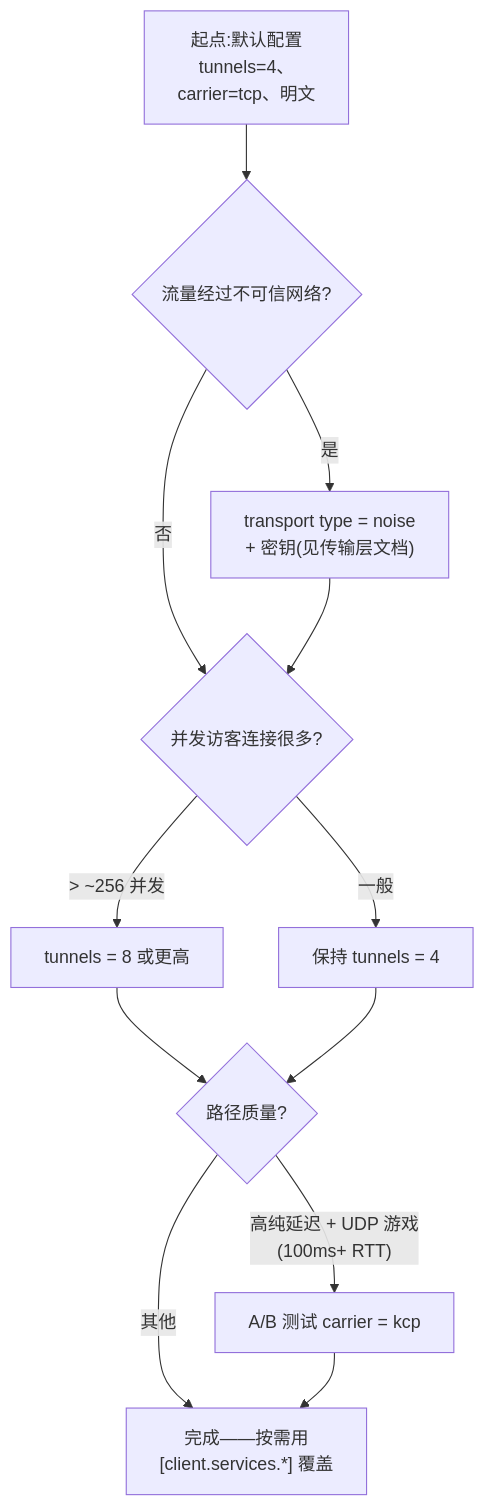
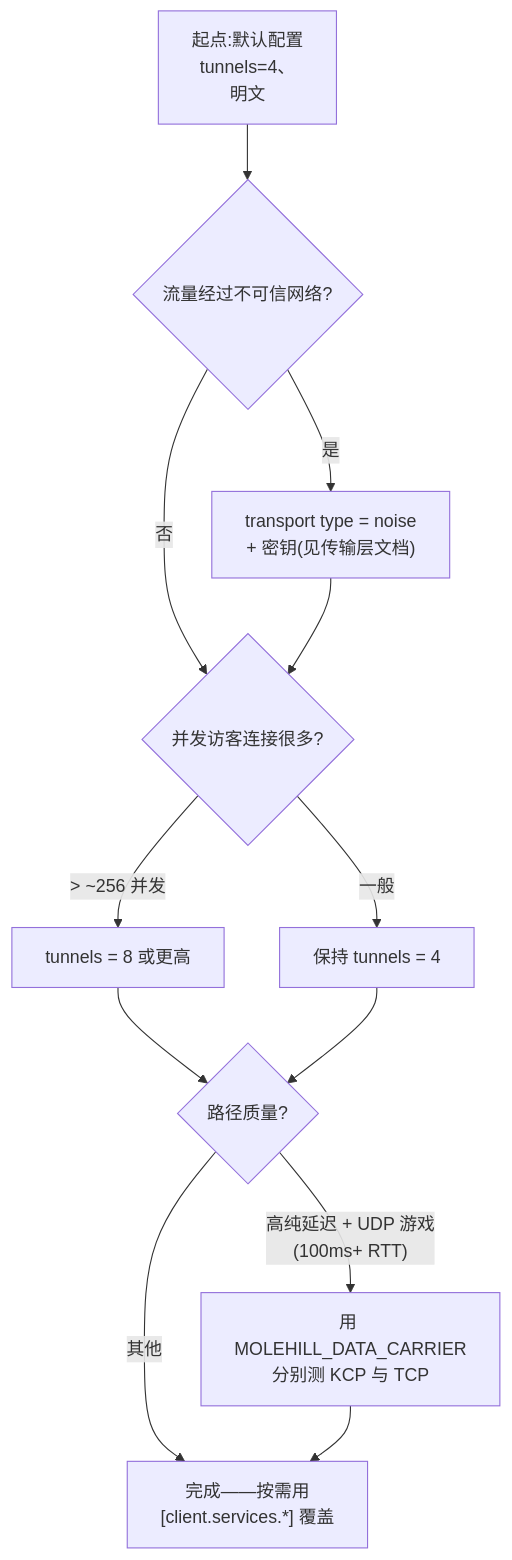
Before and after one commit to NIyueeE/molehill: the diagram in docs/configuration.zh.md, drawn with Mermaid. The commit also changed other lines of this file and 48 other files, not shown here.

````diff
--- a/docs/configuration.zh.md
+++ b/docs/configuration.zh.md
@@ -152,14 +152,14 @@
 ```mermaid
 flowchart TD
-    A["起点:默认配置<br/>tunnels=4、<br/>carrier=tcp、明文"] --> B{"流量经过不可信网络?"}
+    A["起点:默认配置<br/>tunnels=4、<br/>明文"] --> B{"流量经过不可信网络?"}
     B -- 是 --> C["transport type = noise<br/>+ 密钥(见传输层文档)"]
     B -- 否 --> D{"并发访客连接很多?"}
     C --> D
     D -- "> ~256 并发" --> G["tunnels = 8 或更高"]
     D -- 一般 --> H["保持 tunnels = 4"]
     G --> I{"路径质量?"}
     H --> I
-    I -- "高纯延迟 + UDP 游戏<br/>(100ms+ RTT)" --> J["A/B 测试 carrier = kcp"]
+    I -- "高纯延迟 + UDP 游戏<br/>(100ms+ RTT)" --> J["用 MOLEHILL_DATA_CARRIER<br/>分别测 KCP 与 TCP"]
     I -- 其他 --> Z["完成——按需用<br/>[client.services.*] 覆盖"]
     J --> Z
 ```
````
